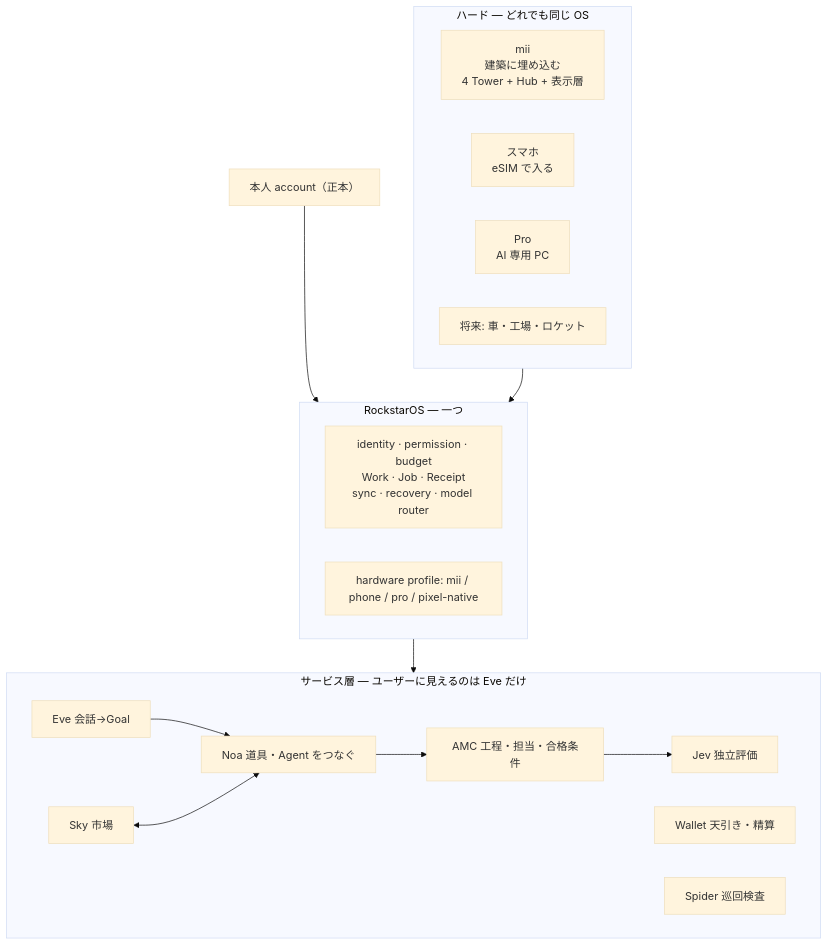
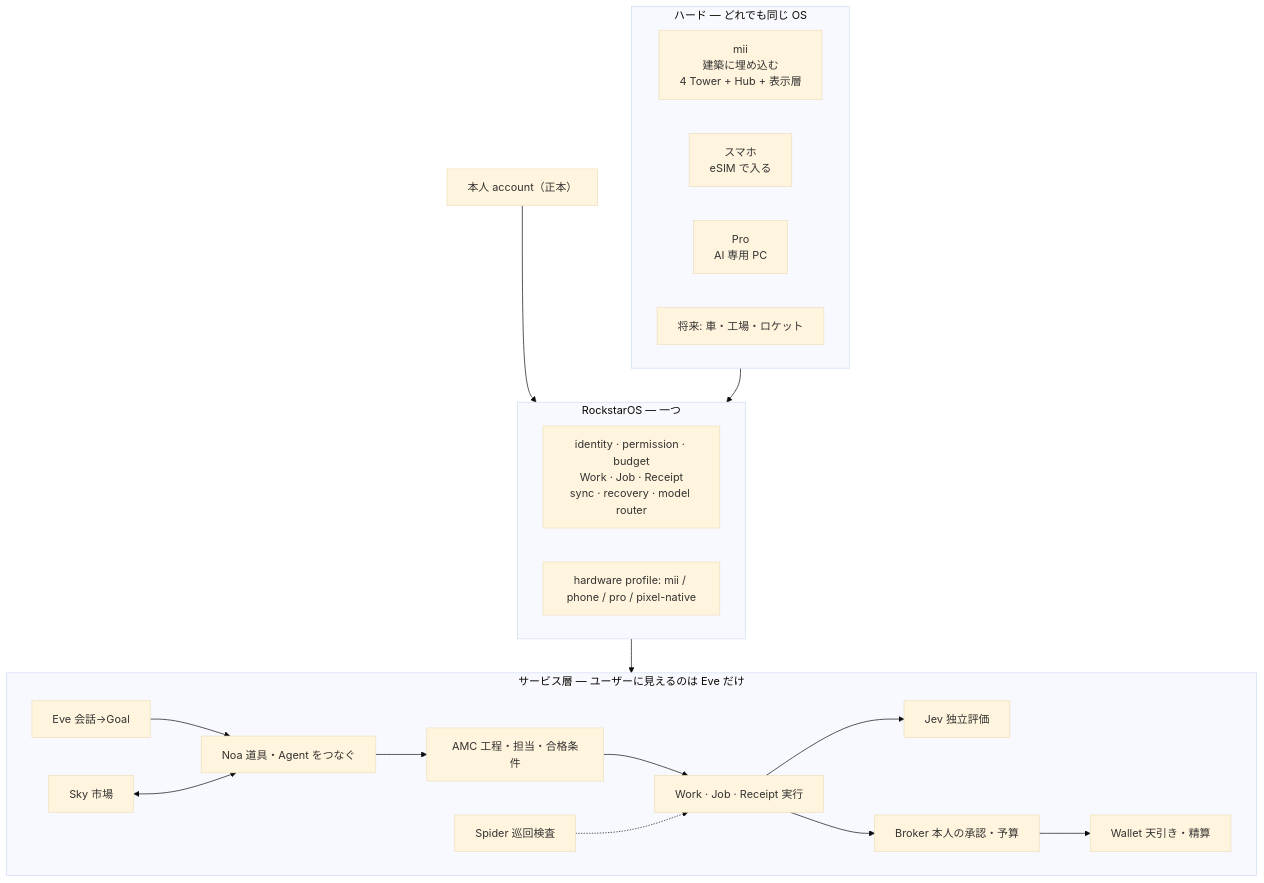
Before and after one commit to k999ln/rock: the diagram in README.md, drawn with Mermaid (base theme). The commit also changed other lines of this file, not shown here.

First line of the commit message:
README: 重複していた「内側の部品」図を削除し、全体図に Work・Broker を追加

````diff
--- a/README.md
+++ b/README.md
@@ -24,22 +24,22 @@
 ```mermaid
 flowchart TB
   P[本人 account（正本）]
   subgraph HW[ハード — どれでも同じ OS]
     M[mii<br/>建築に埋め込む<br/>4 Tower + Hub + 表示層]
     S[スマホ<br/>eSIM で入る]
     PRO[Pro<br/>AI 専用 PC]
     X[将来: 車・工場・ロケット]
   end
   subgraph OS[RockstarOS — 一つ]
     K[identity · permission · budget<br/>Work · Job · Receipt<br/>sync · recovery · model router]
     HP[hardware profile: mii / phone / pro / pixel-native]
   end
   subgraph SV[サービス層 — ユーザーに見えるのは Eve だけ]
-    E[Eve 会話→Goal] --> N[Noa 道具・Agent をつなぐ] --> A[AMC 工程・担当・合格条件] --> J[Jev 独立評価]
+    E[Eve 会話→Goal] --> N[Noa 道具・Agent をつなぐ] --> A[AMC 工程・担当・合格条件] --> WK[Work · Job · Receipt 実行] --> J[Jev 独立評価]
     SK[Sky 市場] <--> N
-    W[Wallet 天引き・精算]
-    SP[Spider 巡回検査]
+    WK --> B[Broker 本人の承認・予算] --> W[Wallet 天引き・精算]
+    SP[Spider 巡回検査] -.-> WK
   end
   P --> OS
   HW --> OS --> SV
 ```
````
